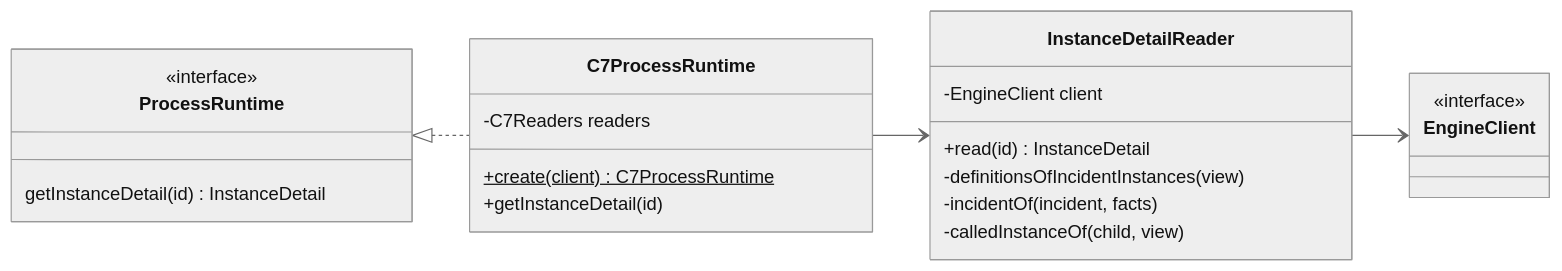
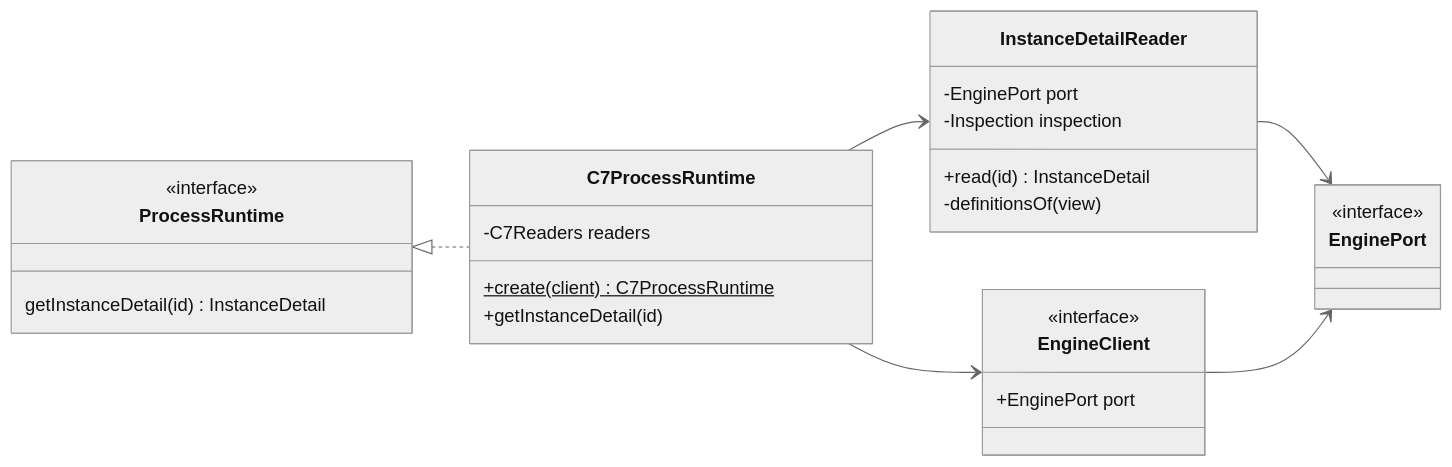
One commit to Miragon/pulse changed the diagram in apps/vscode/docs/adr/code-structure.md. Above: the diagram before and after it, drawn with Mermaid (neutral theme). The commit also changed other lines of this file and 50 other files, not shown here.

````diff
--- a/apps/vscode/docs/adr/code-structure.md
+++ b/apps/vscode/docs/adr/code-structure.md
@@ -71,26 +75,31 @@
 ```mermaid
 classDiagram
   direction LR
   class ProcessRuntime {
     <<interface>>
     getInstanceDetail(id) InstanceDetail
   }
   class C7ProcessRuntime {
     -C7Readers readers
     +create(client)$ C7ProcessRuntime
     +getInstanceDetail(id)
   }
   class InstanceDetailReader {
-    -EngineClient client
+    -EnginePort port
+    -Inspection inspection
     +read(id) InstanceDetail
-    -definitionsOfIncidentInstances(view)
-    -incidentOf(incident, facts)
-    -calledInstanceOf(child, view)
+    -definitionsOf(view)
   }
   class EngineClient {
     <<interface>>
+    +EnginePort port
+  }
+  class EnginePort {
+    <<interface>>
   }
   ProcessRuntime <|.. C7ProcessRuntime
+  C7ProcessRuntime --> EngineClient
   C7ProcessRuntime --> InstanceDetailReader
-  InstanceDetailReader --> EngineClient
+  InstanceDetailReader --> EnginePort
+  EngineClient --> EnginePort
 ```
````
